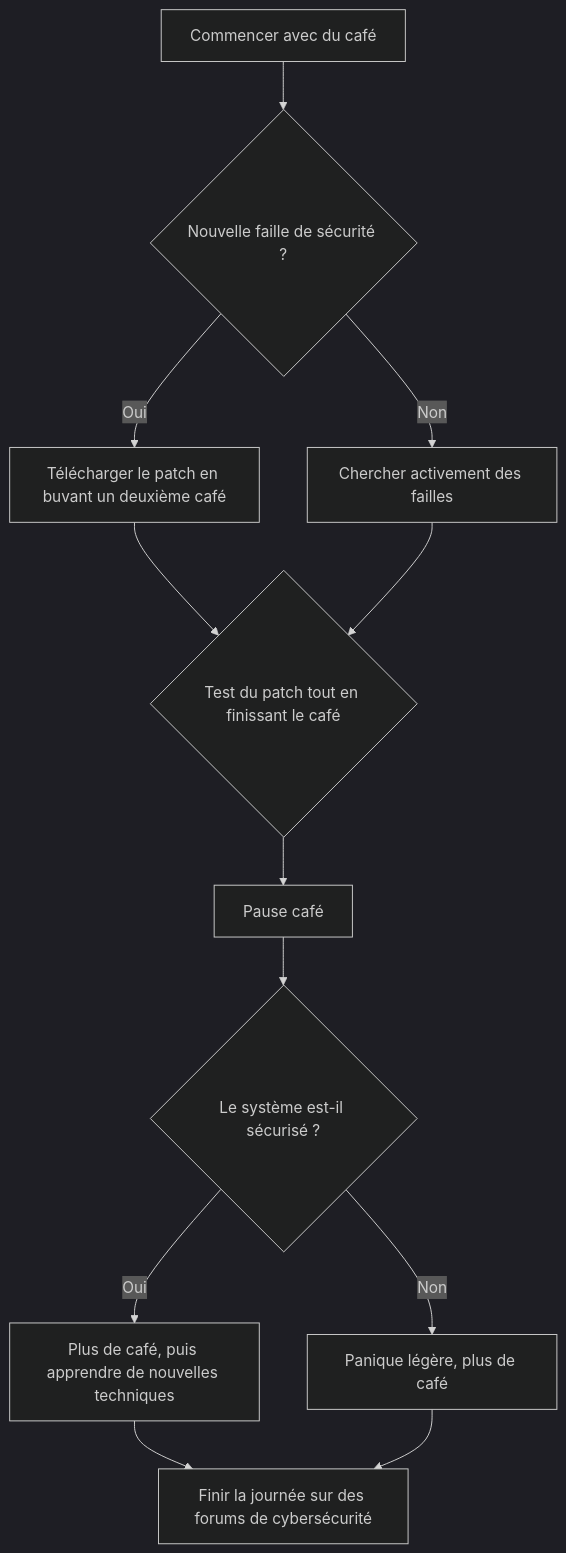
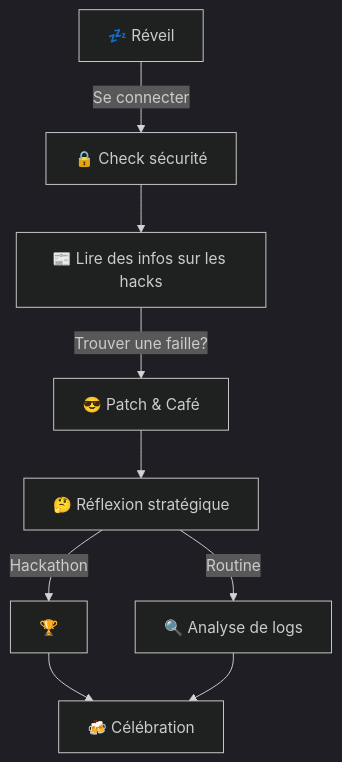
Before and after one commit to AC2002FR/AC2002FR: the diagram in README.md, drawn with Mermaid (dark theme).

````diff
--- a/README.md
+++ b/README.md
@@ -8,14 +8,11 @@
 ```mermaid
 graph TD;
-    A[Commencer avec du café] --> B{Nouvelle faille de sécurité ?};
-    B -->|Oui| C[Télécharger le patch en buvant un deuxième café];
-    B -->|Non| D[Chercher activement des failles];
-    C --> E{Test du patch tout en finissant le café};
-    D --> E;
-    E --> F[Pause café];
-    F --> G{Le système est-il sécurisé ?};
-    G -->|Oui| H[Plus de café, puis apprendre de nouvelles techniques];
-    G -->|Non| I[Panique légère, plus de café];
-    H --> J[Finir la journée sur des forums de cybersécurité];
-    I --> J;
+    A[💤 Réveil] -->|Se connecter| B[🔒 Check sécurité];
+    B --> C[📰 Lire des infos sur les hacks];
+    C -->|Trouver une faille?| D[😎 Patch & Café];
+    D --> E[🤔 Réflexion stratégique];
+    E -->|Hackathon| F[🏆];
+    E -->|Routine| G[🔍 Analyse de logs];
+    F --> H[🍻 Célébration];
+    G --> H;
 ```
````
